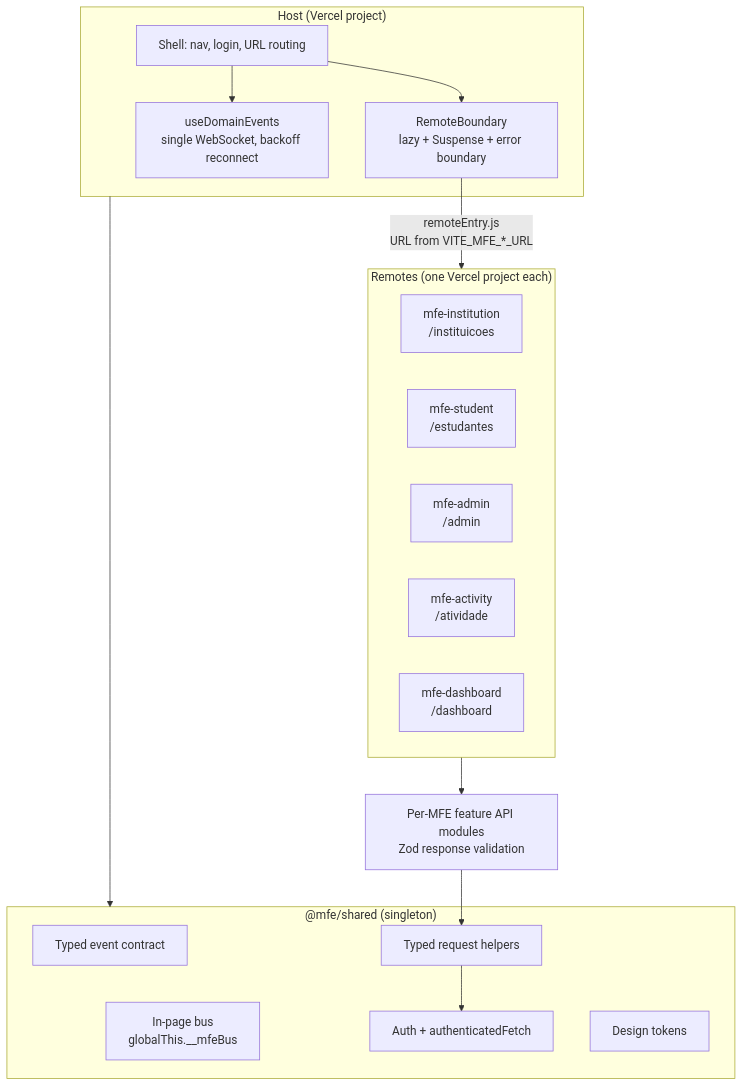
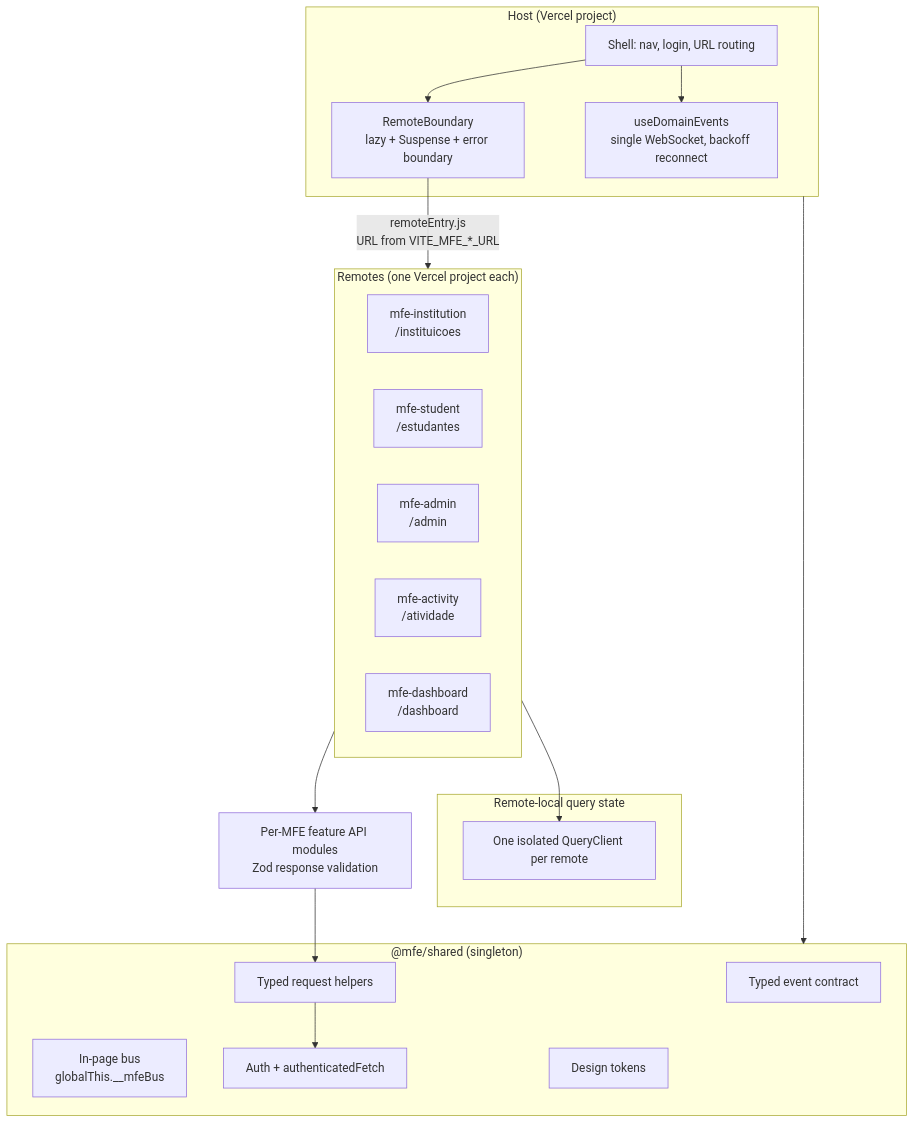
Before and after one commit to fidelis27/mfe-communication: the second of 5 diagrams in docs/architecture.md, drawn with Mermaid. The commit also changed other lines of this file and 54 other files, not shown here.

First line of the commit message:
feat(frontend): migrate remotes to TanStack Query (#97)

````diff
--- a/docs/architecture.md
+++ b/docs/architecture.md
@@ -39,32 +42,37 @@
 ```mermaid
 flowchart TB
     subgraph host["Host (Vercel project)"]
         shell["Shell: nav, login, URL routing"]
         boundary["RemoteBoundary<br/>lazy + Suspense + error boundary"]
         ws["useDomainEvents<br/>single WebSocket, backoff reconnect"]
         shell --> boundary
         shell --> ws
     end
 
     subgraph remotes["Remotes (one Vercel project each)"]
         inst["mfe-institution<br/>/instituicoes"]
         stud["mfe-student<br/>/estudantes"]
         adm["mfe-admin<br/>/admin"]
         act["mfe-activity<br/>/atividade"]
         dash["mfe-dashboard<br/>/dashboard"]
     end
 
+    subgraph queryClients["Remote-local query state"]
+            queries["One isolated QueryClient per remote"]
+    end
+
     featureApi["Per-MFE feature API modules<br/>Zod response validation"]
 
     subgraph shared["@mfe/shared (singleton)"]
         contract["Typed event contract"]
         bus["In-page bus<br/>globalThis.__mfeBus"]
         requestApi["Typed request helpers"]
         authlib["Auth + authenticatedFetch"]
         tokens["Design tokens"]
     end
 
     boundary -- "remoteEntry.js<br/>URL from VITE_MFE_*_URL" --> remotes
     host --> shared
     remotes --> featureApi --> requestApi --> authlib
+    remotes --> queries
 ```
````
